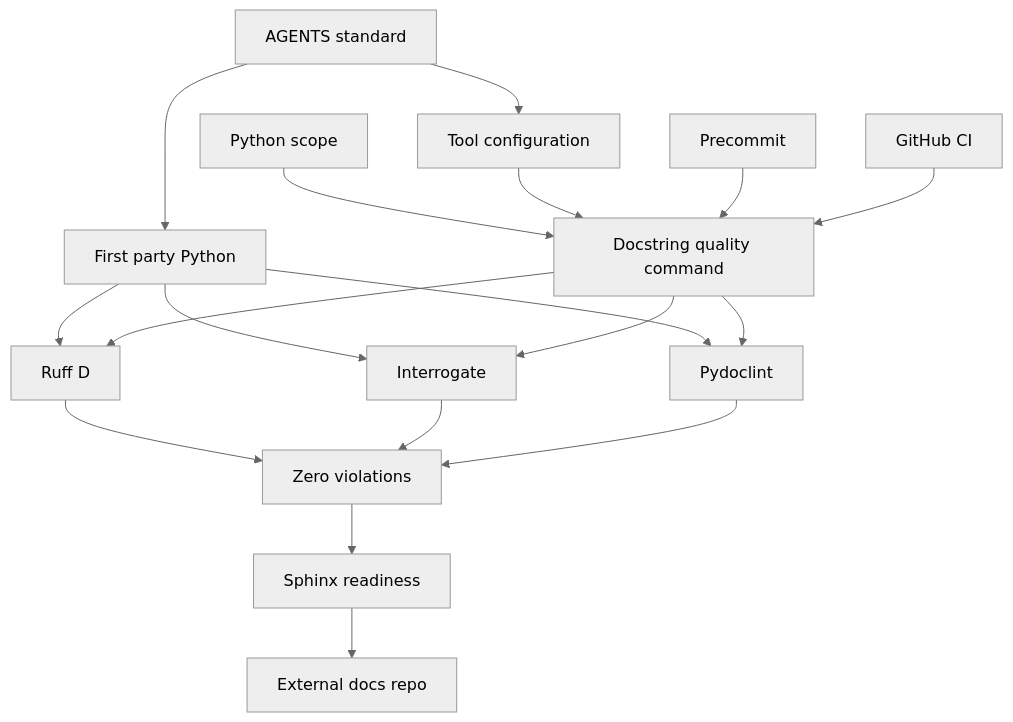
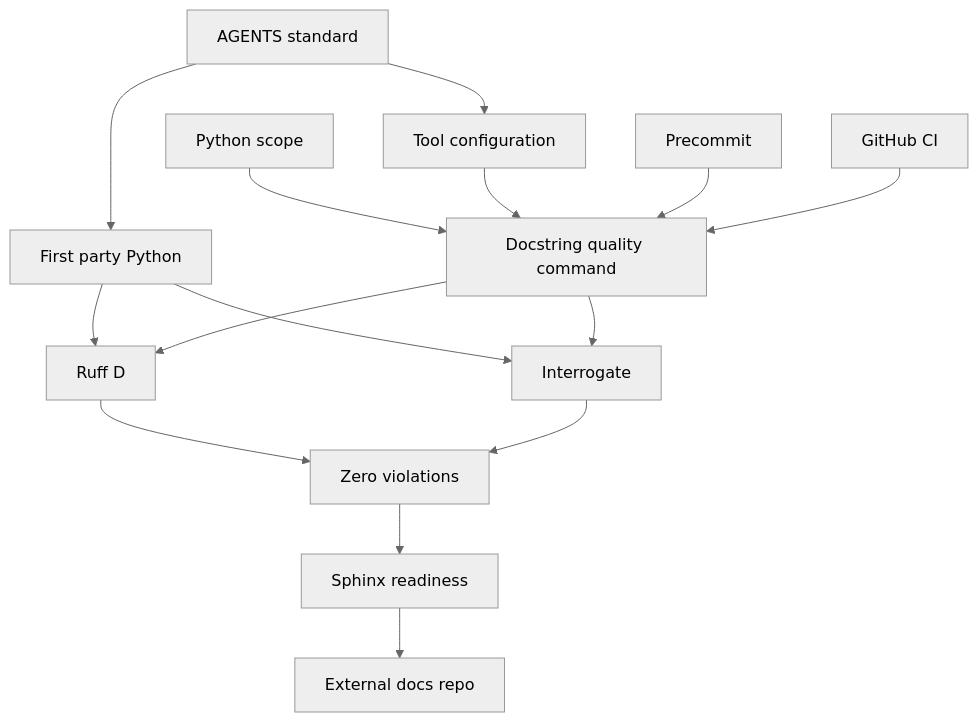
Before and after one commit to Reticulmz/athena: the first of 2 diagrams in .kiro/specs/python-docstring-quality/design.md, drawn with Mermaid (neutral theme). The commit also changed other lines of this file and 2 other files, not shown here.

````diff
--- a/.kiro/specs/python-docstring-quality/design.md
+++ b/.kiro/specs/python-docstring-quality/design.md
@@ -101,20 +112,17 @@
 ```mermaid
 graph TB
     Standard[AGENTS standard] --> Sources[First party Python]
     Standard --> Config[Tool configuration]
     Scope[Python scope] --> Gate[Docstring quality command]
     Config --> Gate
     Sources --> Ruff[Ruff D]
     Sources --> Coverage[Interrogate]
-    Sources --> Content[Pydoclint]
     Gate --> Ruff
     Gate --> Coverage
-    Gate --> Content
     Hooks[Precommit] --> Gate
     CI[GitHub CI] --> Gate
     Ruff --> Result[Zero violations]
     Coverage --> Result
-    Content --> Result
     Result --> Sphinx[Sphinx readiness]
     Sphinx --> DocsRepo[External docs repo]
 ```
````
